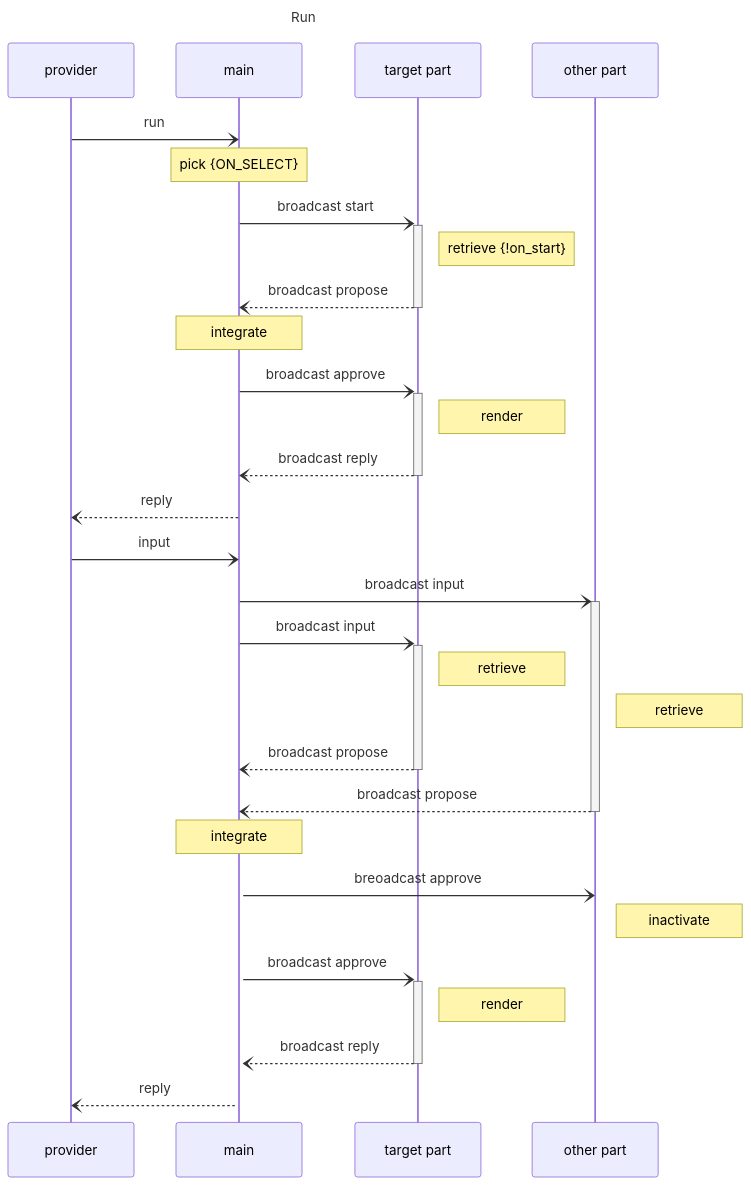
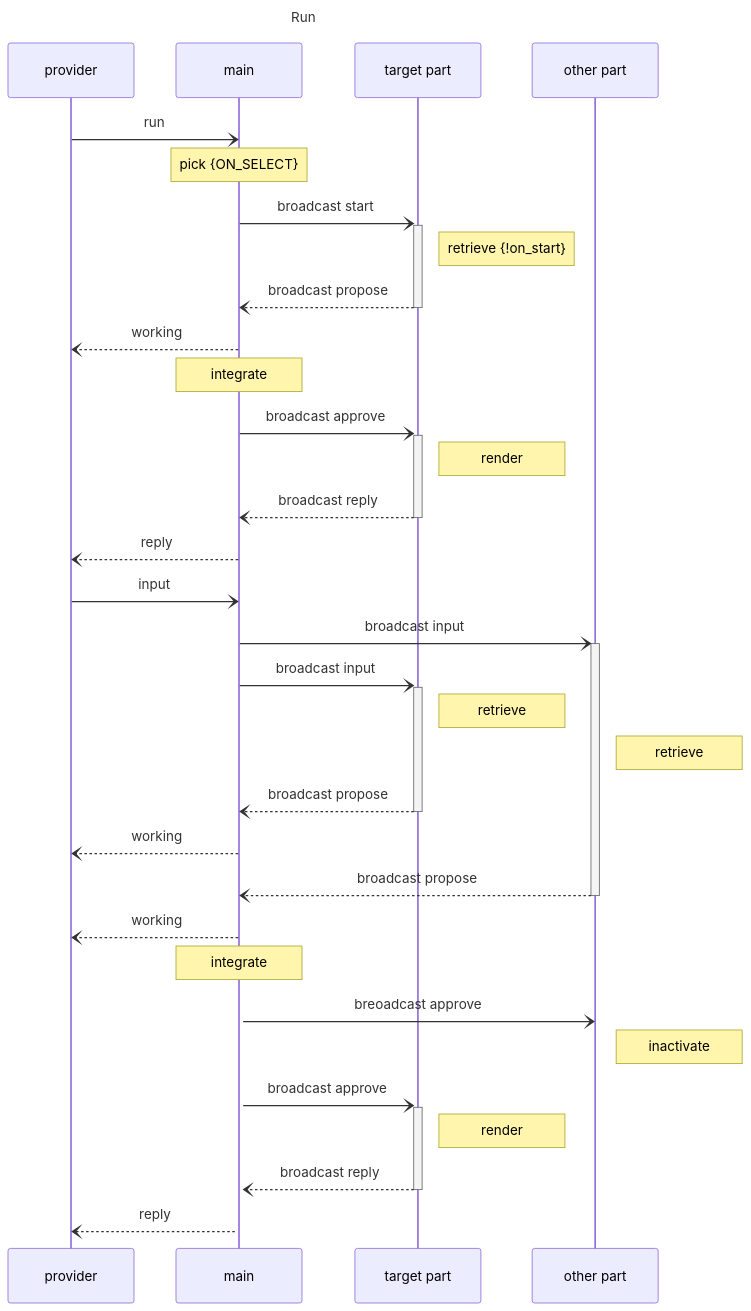
Before and after one commit to shinichi-kato/fairybiome-0.11: the diagram in src/biomebot-0.11/MAIN_MECHANISM.md, drawn with Mermaid. The commit also changed other lines of this file and 6 other files, not shown here.

````diff
--- a/src/biomebot-0.11/MAIN_MECHANISM.md
+++ b/src/biomebot-0.11/MAIN_MECHANISM.md
@@ -20,37 +20,40 @@
 ```mermaid
 sequenceDiagram
 title Run
 participant provider
 participant main
 participant part1 as target part
 participant part0 as other part
 provider-) main: run
 Note over main: pick {ON_SELECT}
 main-)+part1: broadcast start
 Note right of part1: retrieve {!on_start}
 part1--)-main: broadcast propose
+main--)provider: working
 Note over main : integrate
 main-)+part1: broadcast approve
 Note right of part1: render
 part1--)-main: broadcast reply
 main--)provider: reply
 
 provider-)main: input
 main-)+part0: broadcast input
 main-)+part1: broadcast input
 Note right of part1: retrieve
 Note right of part0: retrieve
 part1--)-main: broadcast propose
+main--)provider: working
 part0--)-main: broadcast propose
+main--)provider: working
 activate main
 Note over main: integrate
 
 main-)part0: breoadcast approve
 Note right of part0: inactivate
 main-)+part1: broadcast approve
 Note right of part1: render
 
 part1--)-main: broadcast reply
 main--)provider: reply
 
 ```
````
